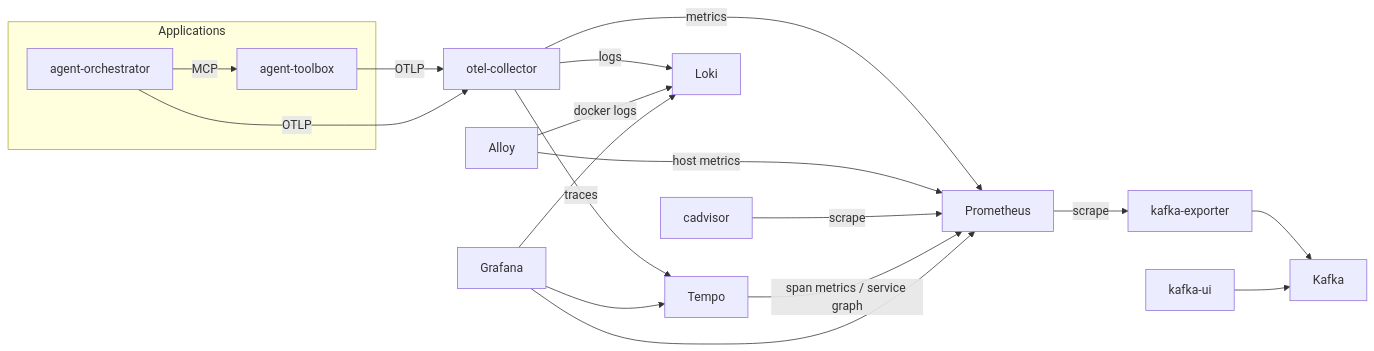
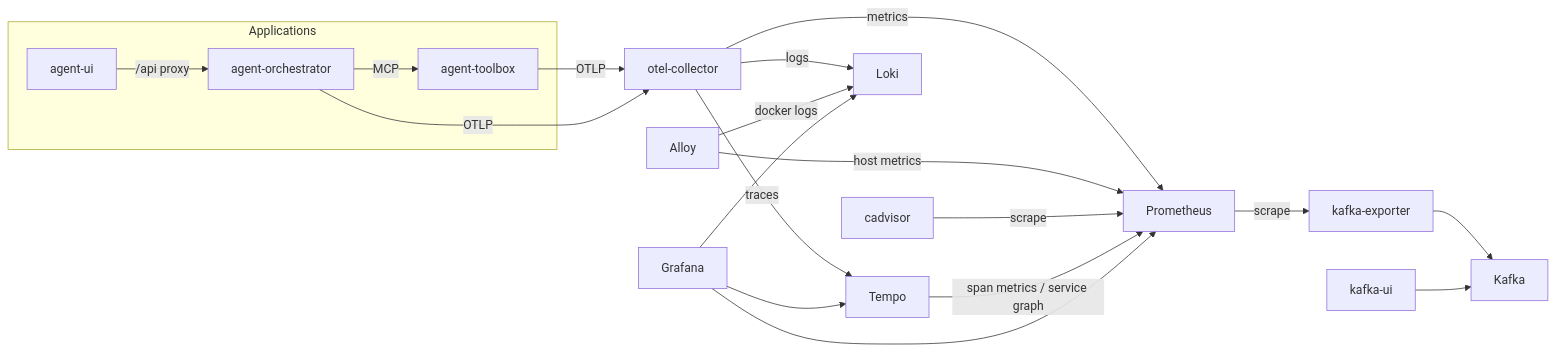
One commit to s-toufik/homelab-infra changed the diagram in README.md. Above: the diagram before and after it, drawn with Mermaid. The commit also changed other lines of this file and 7 other files, not shown here.

````diff
--- a/README.md
+++ b/README.md
@@ -10,18 +10,19 @@
 ```mermaid
 flowchart LR
   subgraph apps[Applications]
+    UI[agent-ui] -->|/api proxy| AG
     TB[agent-toolbox]
     AG[agent-orchestrator] -->|MCP| TB
   end
   TB & AG -->|OTLP| OC[otel-collector]
   OC -->|traces| T[Tempo]
   OC -->|metrics| P[Prometheus]
   OC -->|logs| L[Loki]
   AL[Alloy] -->|host metrics| P
   AL -->|docker logs| L
   CA[cadvisor] -->|scrape| P
   T -->|span metrics / service graph| P
   P -->|scrape| KE[kafka-exporter] --> K[Kafka]
   KU[kafka-ui] --> K
   G[Grafana] --> P & L & T
 ```
````
